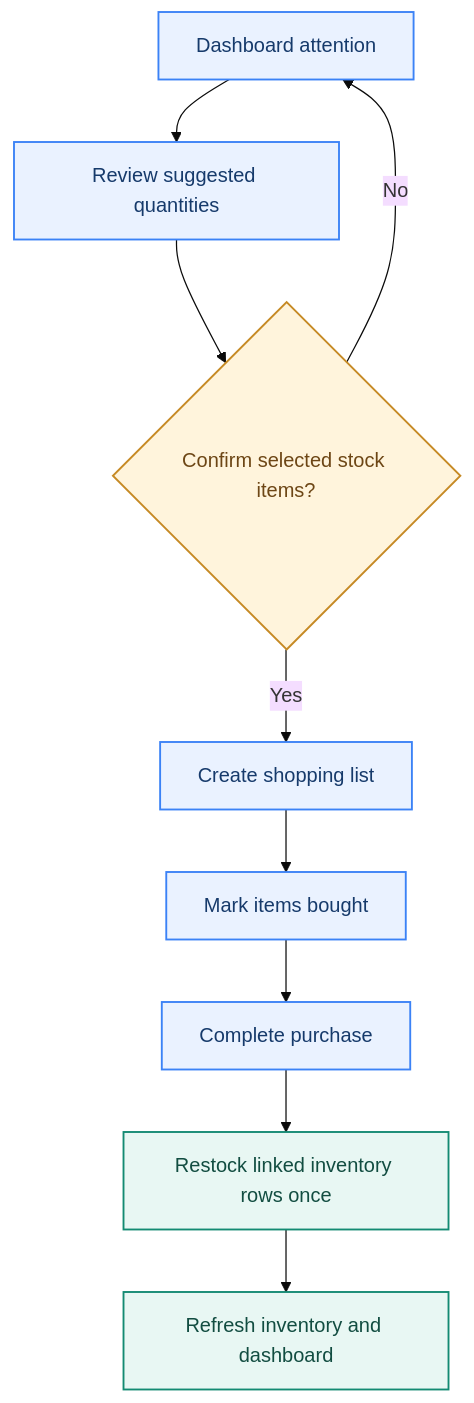
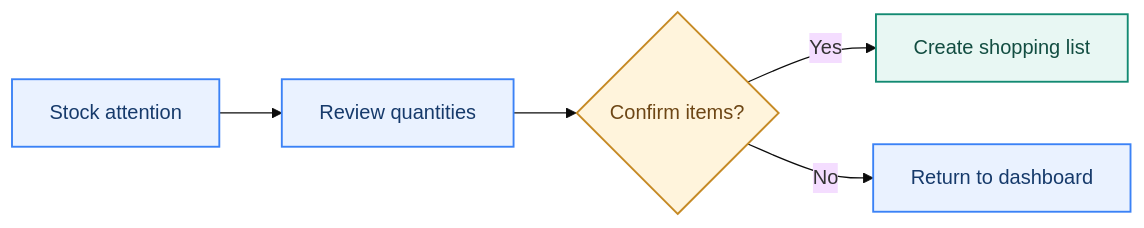
One commit to chankiahuja/pantry-pal changed the sixth of 9 diagrams in docs/ARCHITECTURE.md. Above: the diagram before and after it, drawn with Mermaid (base theme). The commit also changed other lines of this file, not shown here.

Commit message:
docs: shorten tall workflow diagrams into compact horizontal stages

````diff
--- a/docs/ARCHITECTURE.md
+++ b/docs/ARCHITECTURE.md
@@ -117,18 +126,13 @@
 ```mermaid
-flowchart TD
-    Dashboard["Dashboard attention"] --> Review["Review suggested quantities"]
-    Review --> Pick{"Confirm selected stock items?"}
-    Pick -->|No| Dashboard
-    Pick -->|Yes| List["Create shopping list"]
-    List --> Buy["Mark items bought"]
-    Buy --> Complete["Complete purchase"]
-    Complete --> Restock["Restock linked inventory rows once"]
-    Restock --> Refresh["Refresh inventory and dashboard"]
-
+flowchart LR
+    Attention["Stock attention"] --> Review["Review quantities"]
+    Review --> Decide{"Confirm items?"}
+    Decide -->|Yes| List["Create shopping list"]
+    Decide -->|No| Stop["Return to dashboard"]
     classDef action fill:#EAF2FF,stroke:#3B82F6,color:#163A6B,stroke-width:1.5px
     classDef decision fill:#FFF4DC,stroke:#C68A25,color:#6D4615,stroke-width:1.5px
     classDef success fill:#E8F7F3,stroke:#138A72,color:#124D41,stroke-width:1.5px
-    class Dashboard,Review,List,Buy,Complete action
-    class Pick decision
-    class Restock,Refresh success
+    class Attention,Review,Stop action
+    class Decide decision
+    class List success
 ```
````
